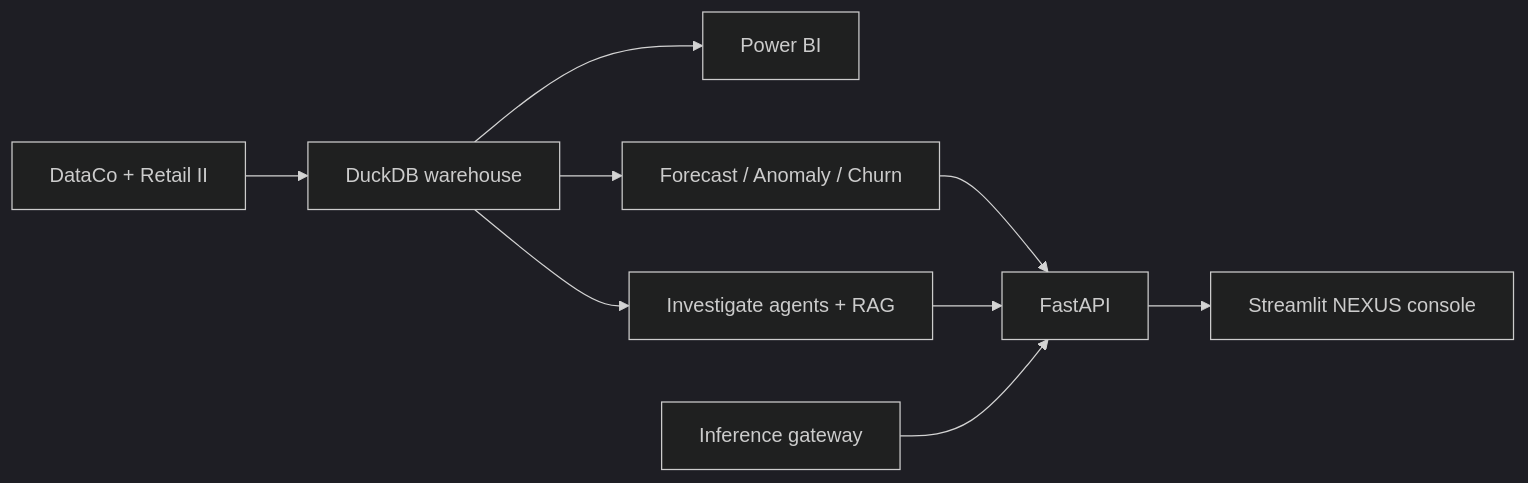
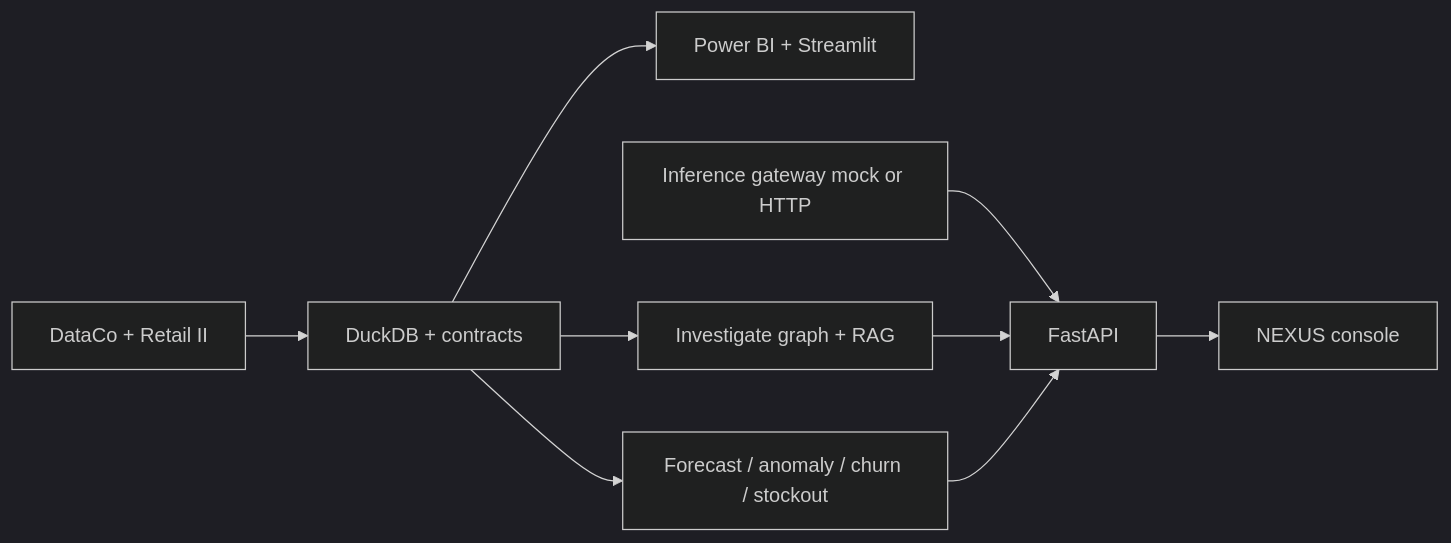
Before and after one commit to tnishant082-dev/nexus-decision-intelligence: the diagram in README.md, drawn with Mermaid (dark theme). The commit also changed other lines of this file and 90 other files, not shown here.

````diff
--- a/README.md
+++ b/README.md
@@ -63,11 +40,11 @@
 ```mermaid
 flowchart LR
-  SRC[DataCo + Retail II] --> DE[DuckDB warehouse]
-  DE --> BI[Power BI]
-  DE --> ML[Forecast / Anomaly / Churn]
-  DE --> AI[Investigate agents + RAG]
-  ML --> API[FastAPI]
+  SRC[DataCo + Retail II] --> DE[DuckDB + contracts]
+  DE --> BI[Power BI + Streamlit]
+  DE --> ML[Forecast / anomaly / churn / stockout]
+  DE --> AI[Investigate graph + RAG]
+  INF[Inference gateway mock or HTTP] --> API[FastAPI]
   AI --> API
-  INF[Inference gateway] --> API
-  API --> UI[Streamlit NEXUS console]
+  ML --> API
+  API --> UI[NEXUS console]
 ```
````
